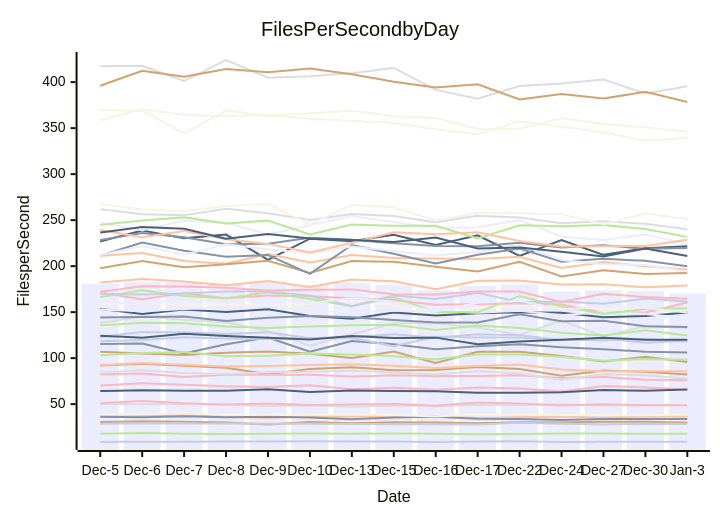
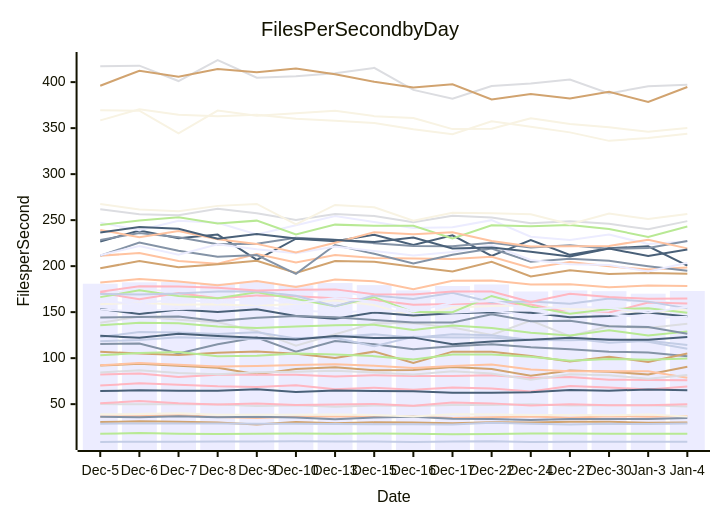
Before and after one commit to streetsidesoftware/cspell: the diagram in perf-report.md, drawn with Mermaid. The commit also changed other lines of this file and 1 other file, not shown here.

````diff
--- a/perf-report.md
+++ b/perf-report.md
@@ -10,57 +10,57 @@
 ```mermaid
 xychart-beta
     title Files Per Second by Day
     y-axis Files per Second
-    x-axis Date [Dec-5, Dec-6, Dec-7, Dec-8, Dec-9, Dec-10, Dec-13, Dec-15, Dec-16, Dec-17, Dec-22, Dec-24, Dec-27, Dec-30, Jan-3]
-    bar [180.86, 182.42, 182.83, 180.95, 182.95, 179.19, 181.65, 179.36, 173.64, 178.43, 180.09, 172.48, 173.54, 172.79, 170.07]
-    line [115.50, 115.87, 105.20, 115.20, 122.48, 107.06, 118.54, 115.18, 109.59, 113.00, 115.03, 111.88, 109.68, 107.07, 106.25]
-    line [36.55, 36.94, 38.11, 36.16, 34.90, 36.59, 36.61, 36.51, 36.62, 35.07, 35.79, 36.55, 35.09, 36.98, 36.38]
-    line [138.36, 145.16, 141.72, 138.92, 129.58, 113.42, 125.88, 138.00, 137.98, 133.31, 125.20, 140.89, 123.76, 134.99, 132.64]
-    line [135.71, 138.36, 137.92, 134.36, 132.66, 134.27, 135.78, 136.38, 130.55, 135.39, 132.89, 127.54, 124.61, 130.19, 124.72]
-    line [91.97, 93.82, 91.60, 89.44, 82.46, 88.30, 90.18, 86.83, 87.07, 90.37, 88.26, 80.81, 86.47, 85.34, 82.22]
-    line [8.86, 9.19, 9.24, 9.33, 9.47, 9.61, 9.47, 9.27, 8.94, 9.45, 9.78, 8.90, 9.07, 9.12, 9.16]
-    line [82.13, 83.39, 79.45, 81.95, 82.06, 81.96, 79.96, 81.37, 80.53, 80.51, 81.49, 78.49, 79.44, 76.50, 76.34]
-    line [226.75, 238.77, 230.39, 234.25, 206.87, 229.87, 227.19, 234.07, 222.96, 233.49, 211.10, 228.39, 212.27, 219.38, 221.60]
-    line [158.70, 160.32, 157.97, 158.53, 156.72, 159.18, 162.67, 157.64, 145.39, 155.01, 156.77, 157.19, 153.46, 153.21, 148.91]
-    line [247.30, 238.91, 249.28, 247.23, 234.36, 244.44, 254.37, 247.88, 241.35, 242.19, 249.98, 231.90, 228.38, 234.40, 224.05]
-    line [36.40, 35.75, 36.91, 35.78, 36.33, 35.41, 33.56, 35.56, 36.21, 34.19, 33.89, 32.69, 33.95, 33.78, 33.96]
-    line [92.21, 94.67, 92.84, 90.85, 91.43, 92.60, 93.37, 91.85, 89.18, 91.59, 93.06, 87.76, 85.72, 85.81, 85.78]
-    line [417.32, 417.87, 401.19, 424.05, 404.78, 406.35, 409.54, 415.50, 391.53, 381.89, 395.71, 398.52, 402.79, 387.60, 395.60]
-    line [17.91, 18.52, 17.91, 17.46, 17.89, 18.13, 17.78, 18.13, 17.93, 17.37, 17.53, 18.08, 17.97, 17.93, 17.83]
-    line [30.63, 31.36, 30.89, 30.17, 27.90, 30.55, 29.22, 30.21, 30.10, 29.27, 30.24, 30.04, 30.99, 30.88, 29.79]
-    line [123.07, 128.36, 127.97, 126.37, 128.11, 121.50, 122.96, 125.85, 122.14, 126.07, 124.95, 119.60, 119.43, 120.64, 117.82]
-    line [70.27, 72.65, 71.06, 69.32, 68.69, 70.43, 66.11, 67.91, 65.71, 68.06, 67.11, 63.78, 69.83, 68.15, 65.99]
-    line [153.46, 148.08, 152.95, 150.14, 153.13, 145.78, 142.78, 149.53, 146.32, 148.93, 149.89, 149.32, 144.39, 145.93, 149.70]
-    line [38.95, 39.16, 39.98, 38.54, 38.36, 38.36, 38.81, 38.12, 36.63, 38.97, 38.70, 38.32, 38.26, 37.85, 38.77]
-    line [170.24, 174.62, 172.41, 159.51, 174.62, 171.51, 173.65, 165.49, 162.20, 168.07, 171.52, 161.55, 160.38, 161.25, 162.72]
-    line [228.42, 235.98, 231.28, 223.81, 224.38, 230.73, 228.56, 225.00, 222.02, 221.71, 225.51, 220.33, 222.69, 218.79, 219.63]
-    line [211.25, 214.29, 205.55, 202.50, 213.14, 203.97, 212.22, 208.88, 208.37, 207.77, 210.28, 198.12, 204.40, 199.78, 196.30]
-    line [84.45, 86.85, 83.80, 82.54, 84.79, 85.17, 86.33, 84.51, 82.32, 85.67, 83.25, 76.44, 82.43, 81.41, 77.52]
-    line [244.77, 249.57, 253.00, 246.33, 249.46, 234.43, 245.12, 243.88, 243.97, 230.01, 244.43, 243.32, 244.74, 240.28, 231.82]
-    line [197.69, 205.56, 198.75, 201.98, 205.78, 192.58, 205.45, 204.82, 199.34, 194.10, 204.78, 188.75, 195.62, 191.45, 192.64]
-    line [118.39, 119.81, 122.77, 121.45, 120.76, 121.79, 122.20, 112.97, 123.23, 122.39, 122.57, 119.82, 121.66, 116.64, 119.03]
-    line [171.12, 163.98, 170.66, 165.03, 168.12, 167.40, 165.15, 163.12, 158.04, 158.90, 159.56, 158.26, 149.38, 149.63, 160.44]
-    line [64.34, 65.01, 64.46, 64.51, 66.15, 63.18, 64.91, 64.35, 64.10, 62.51, 62.39, 63.01, 65.26, 64.66, 65.89]
-    line [358.41, 370.56, 364.48, 362.78, 364.44, 360.18, 358.05, 355.49, 348.84, 343.31, 357.38, 351.53, 345.39, 336.17, 339.40]
-    line [152.74, 150.88, 153.33, 154.58, 156.25, 152.15, 149.54, 151.43, 151.38, 149.35, 151.56, 146.50, 150.10, 148.04, 143.32]
-    line [211.40, 225.62, 216.82, 210.15, 212.06, 191.55, 223.01, 213.39, 202.82, 212.32, 219.19, 204.86, 207.97, 205.76, 199.93]
-    line [182.27, 185.97, 183.39, 179.18, 183.86, 177.29, 185.44, 183.45, 174.84, 184.02, 184.52, 180.06, 180.25, 176.99, 178.92]
-    line [50.03, 49.80, 49.98, 49.59, 47.97, 48.84, 47.30, 48.59, 47.94, 49.07, 48.96, 49.98, 48.46, 48.82, 48.74]
-    line [166.33, 173.70, 167.47, 165.08, 171.54, 164.38, 156.51, 166.27, 150.03, 149.99, 167.61, 155.99, 148.15, 153.37, 154.17]
-    line [106.94, 104.99, 103.46, 105.91, 107.21, 104.66, 100.11, 107.13, 94.87, 107.05, 106.83, 102.33, 96.35, 101.39, 95.92]
-    line [28.83, 29.04, 29.09, 29.10, 28.75, 28.65, 28.35, 28.26, 28.09, 27.81, 29.86, 28.77, 27.94, 28.71, 28.29]
-    line [50.85, 53.51, 50.97, 49.51, 50.73, 49.15, 49.54, 50.29, 48.39, 51.90, 50.84, 48.41, 49.94, 48.88, 48.70]
-    line [124.27, 122.27, 126.51, 124.16, 122.14, 120.17, 124.20, 121.82, 122.30, 114.99, 117.98, 119.98, 122.26, 120.11, 120.07]
-    line [369.35, 368.90, 344.39, 369.08, 363.46, 366.29, 369.00, 363.03, 361.09, 348.96, 349.43, 360.81, 354.60, 350.95, 345.98]
-    line [211.89, 221.99, 212.41, 223.76, 218.34, 214.11, 221.23, 216.34, 211.66, 215.40, 222.98, 206.68, 202.06, 201.20, 194.13]
-    line [144.20, 144.71, 145.14, 140.38, 143.82, 145.78, 144.45, 141.51, 138.80, 138.75, 147.65, 140.01, 140.67, 134.58, 133.84]
-    line [239.27, 231.52, 238.08, 229.24, 224.19, 214.79, 225.36, 236.86, 234.70, 236.77, 227.25, 221.39, 221.64, 222.00, 228.77]
-    line [261.91, 256.38, 255.24, 262.31, 257.60, 250.13, 256.58, 254.55, 247.67, 254.88, 252.93, 246.70, 248.73, 245.95, 240.13]
-    line [103.06, 105.64, 106.80, 101.95, 102.69, 105.10, 103.83, 102.19, 98.64, 104.01, 104.04, 101.53, 97.16, 99.08, 98.33]
-    line [396.11, 412.42, 405.98, 414.20, 410.80, 414.80, 408.65, 400.36, 394.11, 397.72, 381.16, 387.10, 382.18, 389.40, 378.43]
-    line [169.78, 169.21, 170.29, 172.44, 172.82, 167.78, 156.48, 168.20, 164.35, 171.17, 160.66, 161.47, 159.18, 164.75, 161.43]
-    line [172.07, 178.26, 177.85, 176.41, 173.41, 174.24, 174.74, 169.36, 169.15, 172.44, 172.46, 160.97, 170.04, 166.42, 164.47]
-    line [236.67, 242.41, 240.69, 229.87, 234.86, 230.17, 228.31, 226.27, 231.21, 219.13, 220.31, 215.56, 210.39, 219.17, 210.98]
-    line [267.54, 261.60, 259.75, 265.50, 267.60, 245.47, 266.55, 263.96, 249.42, 258.13, 257.62, 256.30, 245.45, 257.10, 251.12]
-    line [161.29, 159.50, 164.08, 160.40, 166.00, 159.37, 165.42, 161.29, 150.68, 160.30, 162.32, 152.82, 156.10, 154.49, 149.59]
+    x-axis Date [Dec-5, Dec-6, Dec-7, Dec-8, Dec-9, Dec-10, Dec-13, Dec-15, Dec-16, Dec-17, Dec-22, Dec-24, Dec-27, Dec-30, Jan-3, Jan-4]
+    bar [180.86, 182.42, 182.83, 180.95, 182.95, 179.19, 181.65, 179.36, 173.64, 178.43, 180.09, 172.48, 173.54, 172.79, 170.07, 172.98]
+    line [115.50, 115.87, 105.20, 115.20, 122.48, 107.06, 118.54, 115.18, 109.59, 113.00, 115.03, 111.88, 109.68, 107.07, 106.25, 102.14]
+    line [36.55, 36.94, 38.11, 36.16, 34.90, 36.59, 36.61, 36.51, 36.62, 35.07, 35.79, 36.55, 35.09, 36.98, 36.38, 37.08]
+    line [138.36, 145.16, 141.72, 138.92, 129.58, 113.42, 125.88, 138.00, 137.98, 133.31, 125.20, 140.89, 123.76, 134.99, 132.64, 137.41]
+    line [135.71, 138.36, 137.92, 134.36, 132.66, 134.27, 135.78, 136.38, 130.55, 135.39, 132.89, 127.54, 124.61, 130.19, 124.72, 128.97]
+    line [91.97, 93.82, 91.60, 89.44, 82.46, 88.30, 90.18, 86.83, 87.07, 90.37, 88.26, 80.81, 86.47, 85.34, 82.22, 90.61]
+    line [8.86, 9.19, 9.24, 9.33, 9.47, 9.61, 9.47, 9.27, 8.94, 9.45, 9.78, 8.90, 9.07, 9.12, 9.16, 9.11]
+    line [82.13, 83.39, 79.45, 81.95, 82.06, 81.96, 79.96, 81.37, 80.53, 80.51, 81.49, 78.49, 79.44, 76.50, 76.34, 76.08]
+    line [226.75, 238.77, 230.39, 234.25, 206.87, 229.87, 227.19, 234.07, 222.96, 233.49, 211.10, 228.39, 212.27, 219.38, 221.60, 200.66]
+    line [158.70, 160.32, 157.97, 158.53, 156.72, 159.18, 162.67, 157.64, 145.39, 155.01, 156.77, 157.19, 153.46, 153.21, 148.91, 153.20]
+    line [247.30, 238.91, 249.28, 247.23, 234.36, 244.44, 254.37, 247.88, 241.35, 242.19, 249.98, 231.90, 228.38, 234.40, 224.05, 226.75]
+    line [36.40, 35.75, 36.91, 35.78, 36.33, 35.41, 33.56, 35.56, 36.21, 34.19, 33.89, 32.69, 33.95, 33.78, 33.96, 34.86]
+    line [92.21, 94.67, 92.84, 90.85, 91.43, 92.60, 93.37, 91.85, 89.18, 91.59, 93.06, 87.76, 85.72, 85.81, 85.78, 78.64]
+    line [417.32, 417.87, 401.19, 424.05, 404.78, 406.35, 409.54, 415.50, 391.53, 381.89, 395.71, 398.52, 402.79, 387.60, 395.60, 397.05]
+    line [17.91, 18.52, 17.91, 17.46, 17.89, 18.13, 17.78, 18.13, 17.93, 17.37, 17.53, 18.08, 17.97, 17.93, 17.83, 17.83]
+    line [30.63, 31.36, 30.89, 30.17, 27.90, 30.55, 29.22, 30.21, 30.10, 29.27, 30.24, 30.04, 30.99, 30.88, 29.79, 30.12]
+    line [123.07, 128.36, 127.97, 126.37, 128.11, 121.50, 122.96, 125.85, 122.14, 126.07, 124.95, 119.60, 119.43, 120.64, 117.82, 110.33]
+    line [70.27, 72.65, 71.06, 69.32, 68.69, 70.43, 66.11, 67.91, 65.71, 68.06, 67.11, 63.78, 69.83, 68.15, 65.99, 69.11]
+    line [153.46, 148.08, 152.95, 150.14, 153.13, 145.78, 142.78, 149.53, 146.32, 148.93, 149.89, 149.32, 144.39, 145.93, 149.70, 145.36]
+    line [38.95, 39.16, 39.98, 38.54, 38.36, 38.36, 38.81, 38.12, 36.63, 38.97, 38.70, 38.32, 38.26, 37.85, 38.77, 36.54]
+    line [170.24, 174.62, 172.41, 159.51, 174.62, 171.51, 173.65, 165.49, 162.20, 168.07, 171.52, 161.55, 160.38, 161.25, 162.72, 158.59]
+    line [228.42, 235.98, 231.28, 223.81, 224.38, 230.73, 228.56, 225.00, 222.02, 221.71, 225.51, 220.33, 222.69, 218.79, 219.63, 227.40]
+    line [211.25, 214.29, 205.55, 202.50, 213.14, 203.97, 212.22, 208.88, 208.37, 207.77, 210.28, 198.12, 204.40, 199.78, 196.30, 198.61]
+    line [84.45, 86.85, 83.80, 82.54, 84.79, 85.17, 86.33, 84.51, 82.32, 85.67, 83.25, 76.44, 82.43, 81.41, 77.52, 81.68]
+    line [244.77, 249.57, 253.00, 246.33, 249.46, 234.43, 245.12, 243.88, 243.97, 230.01, 244.43, 243.32, 244.74, 240.28, 231.82, 243.15]
+    line [197.69, 205.56, 198.75, 201.98, 205.78, 192.58, 205.45, 204.82, 199.34, 194.10, 204.78, 188.75, 195.62, 191.45, 192.64, 191.68]
+    line [118.39, 119.81, 122.77, 121.45, 120.76, 121.79, 122.20, 112.97, 123.23, 122.39, 122.57, 119.82, 121.66, 116.64, 119.03, 114.16]
+    line [171.12, 163.98, 170.66, 165.03, 168.12, 167.40, 165.15, 163.12, 158.04, 158.90, 159.56, 158.26, 149.38, 149.63, 160.44, 159.38]
+    line [64.34, 65.01, 64.46, 64.51, 66.15, 63.18, 64.91, 64.35, 64.10, 62.51, 62.39, 63.01, 65.26, 64.66, 65.89, 65.11]
+    line [358.41, 370.56, 364.48, 362.78, 364.44, 360.18, 358.05, 355.49, 348.84, 343.31, 357.38, 351.53, 345.39, 336.17, 339.40, 343.93]
+    line [152.74, 150.88, 153.33, 154.58, 156.25, 152.15, 149.54, 151.43, 151.38, 149.35, 151.56, 146.50, 150.10, 148.04, 143.32, 145.06]
+    line [211.40, 225.62, 216.82, 210.15, 212.06, 191.55, 223.01, 213.39, 202.82, 212.32, 219.19, 204.86, 207.97, 205.76, 199.93, 194.96]
+    line [182.27, 185.97, 183.39, 179.18, 183.86, 177.29, 185.44, 183.45, 174.84, 184.02, 184.52, 180.06, 180.25, 176.99, 178.92, 178.38]
+    line [50.03, 49.80, 49.98, 49.59, 47.97, 48.84, 47.30, 48.59, 47.94, 49.07, 48.96, 49.98, 48.46, 48.82, 48.74, 47.38]
+    line [166.33, 173.70, 167.47, 165.08, 171.54, 164.38, 156.51, 166.27, 150.03, 149.99, 167.61, 155.99, 148.15, 153.37, 154.17, 149.42]
+    line [106.94, 104.99, 103.46, 105.91, 107.21, 104.66, 100.11, 107.13, 94.87, 107.05, 106.83, 102.33, 96.35, 101.39, 95.92, 105.11]
+    line [28.83, 29.04, 29.09, 29.10, 28.75, 28.65, 28.35, 28.26, 28.09, 27.81, 29.86, 28.77, 27.94, 28.71, 28.29, 28.89]
+    line [50.85, 53.51, 50.97, 49.51, 50.73, 49.15, 49.54, 50.29, 48.39, 51.90, 50.84, 48.41, 49.94, 48.88, 48.70, 49.88]
+    line [124.27, 122.27, 126.51, 124.16, 122.14, 120.17, 124.20, 121.82, 122.30, 114.99, 117.98, 119.98, 122.26, 120.11, 120.07, 122.96]
+    line [369.35, 368.90, 344.39, 369.08, 363.46, 366.29, 369.00, 363.03, 361.09, 348.96, 349.43, 360.81, 354.60, 350.95, 345.98, 350.21]
+    line [211.89, 221.99, 212.41, 223.76, 218.34, 214.11, 221.23, 216.34, 211.66, 215.40, 222.98, 206.68, 202.06, 201.20, 194.13, 203.79]
+    line [144.20, 144.71, 145.14, 140.38, 143.82, 145.78, 144.45, 141.51, 138.80, 138.75, 147.65, 140.01, 140.67, 134.58, 133.84, 126.46]
+    line [239.27, 231.52, 238.08, 229.24, 224.19, 214.79, 225.36, 236.86, 234.70, 236.77, 227.25, 221.39, 221.64, 222.00, 228.77, 219.30]
+    line [261.91, 256.38, 255.24, 262.31, 257.60, 250.13, 256.58, 254.55, 247.67, 254.88, 252.93, 246.70, 248.73, 245.95, 240.13, 248.92]
+    line [103.06, 105.64, 106.80, 101.95, 102.69, 105.10, 103.83, 102.19, 98.64, 104.01, 104.04, 101.53, 97.16, 99.08, 98.33, 99.60]
+    line [396.11, 412.42, 405.98, 414.20, 410.80, 414.80, 408.65, 400.36, 394.11, 397.72, 381.16, 387.10, 382.18, 389.40, 378.43, 394.66]
+    line [169.78, 169.21, 170.29, 172.44, 172.82, 167.78, 156.48, 168.20, 164.35, 171.17, 160.66, 161.47, 159.18, 164.75, 161.43, 154.09]
+    line [172.07, 178.26, 177.85, 176.41, 173.41, 174.24, 174.74, 169.36, 169.15, 172.44, 172.46, 160.97, 170.04, 166.42, 164.47, 164.70]
+    line [236.67, 242.41, 240.69, 229.87, 234.86, 230.17, 228.31, 226.27, 231.21, 219.13, 220.31, 215.56, 210.39, 219.17, 210.98, 218.13]
+    line [267.54, 261.60, 259.75, 265.50, 267.60, 245.47, 266.55, 263.96, 249.42, 258.13, 257.62, 256.30, 245.45, 257.10, 251.12, 256.72]
+    line [161.29, 159.50, 164.08, 160.40, 166.00, 159.37, 165.42, 161.29, 150.68, 160.30, 162.32, 152.82, 156.10, 154.49, 149.59, 155.51]
 ```
````
